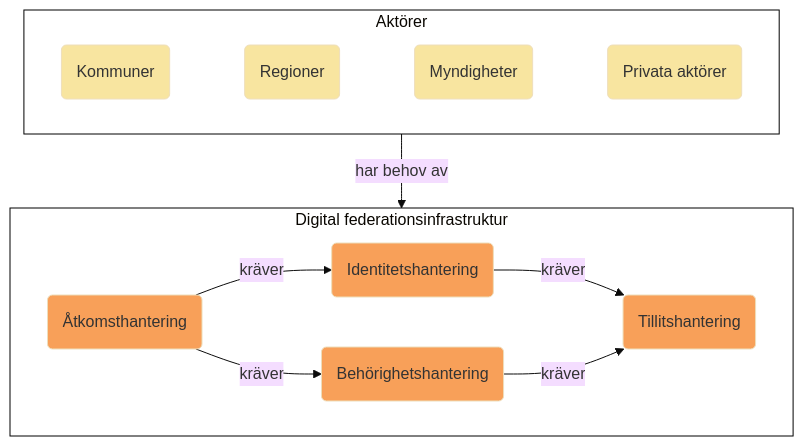
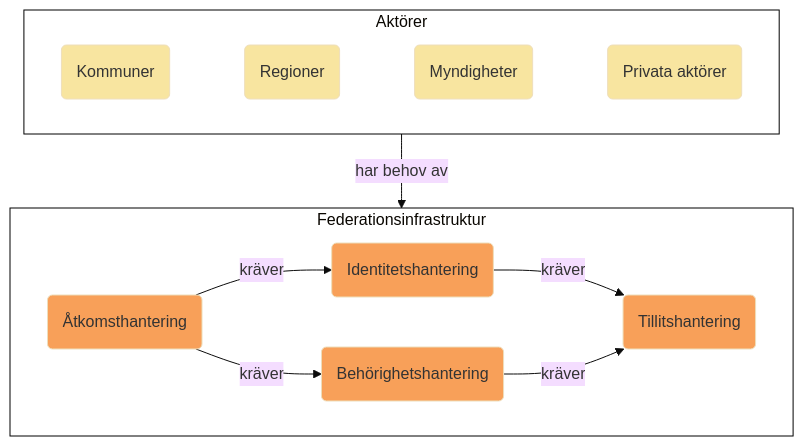
The first of 11 diagrams in architecture/drafts/IAM_TargetArchitecture_Sweden.md (diggsweden/ena-authorization), drawn with Mermaid (base theme) before and after one commit. The commit also changed other lines of this file, not shown here.

````diff
--- a/architecture/drafts/IAM_TargetArchitecture_Sweden.md
+++ b/architecture/drafts/IAM_TargetArchitecture_Sweden.md
@@ -16,27 +16,27 @@
 ```mermaid
 flowchart TD
 
 classDef org fill:#F8E5A0
 classDef area fill:#F8a059
 classDef box fill:#ffffff,stroke:#000000
 
 subgraph actors[Aktörer]
 direction LR     
  k(Kommuner):::org~~~
  r(Regioner):::org~~~
  m(Myndigheter):::org~~~
  p(Privata aktörer):::org
 end
 actors:::box
 
-subgraph iam[Digital federationsinfrastruktur]
+subgraph iam[Federationsinfrastruktur]
  Å(Åtkomsthantering):::area
  I(Identitetshantering):::area
  B(Behörighetshantering):::area
  T(Tillitshantering):::area
 end
 iam:::box
 
 actors--har behov av-->iam
 Å--kräver-->I & B--kräver-->T
 ```
````
